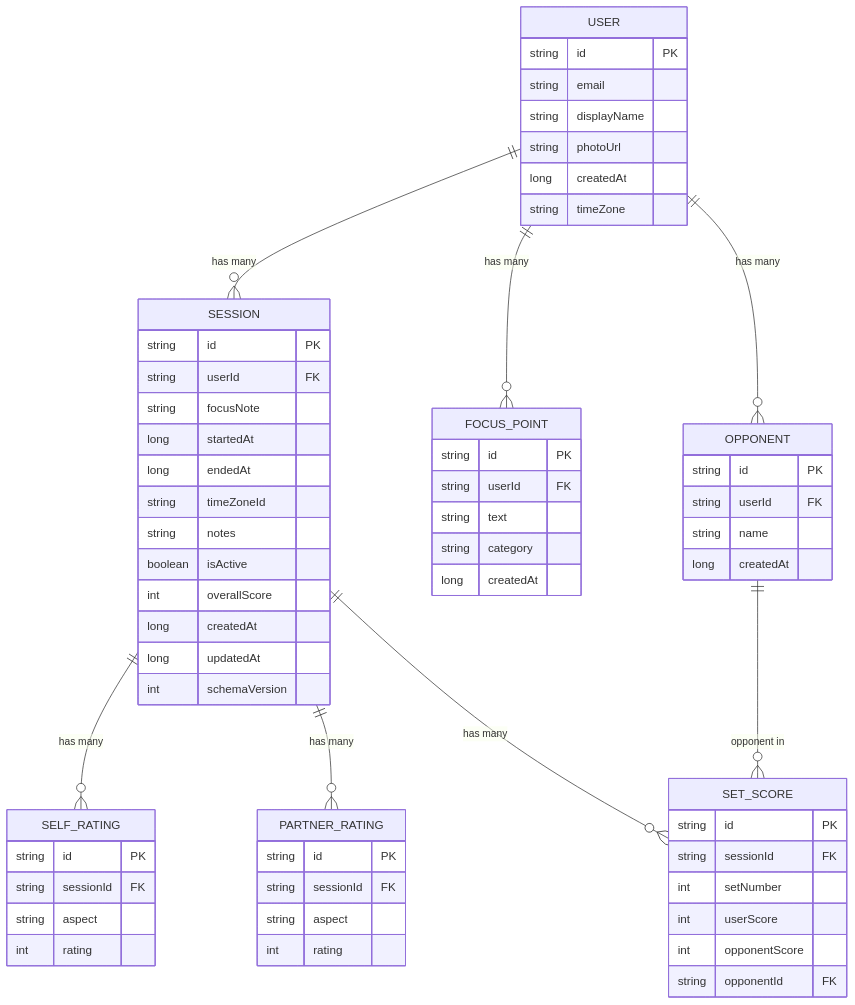
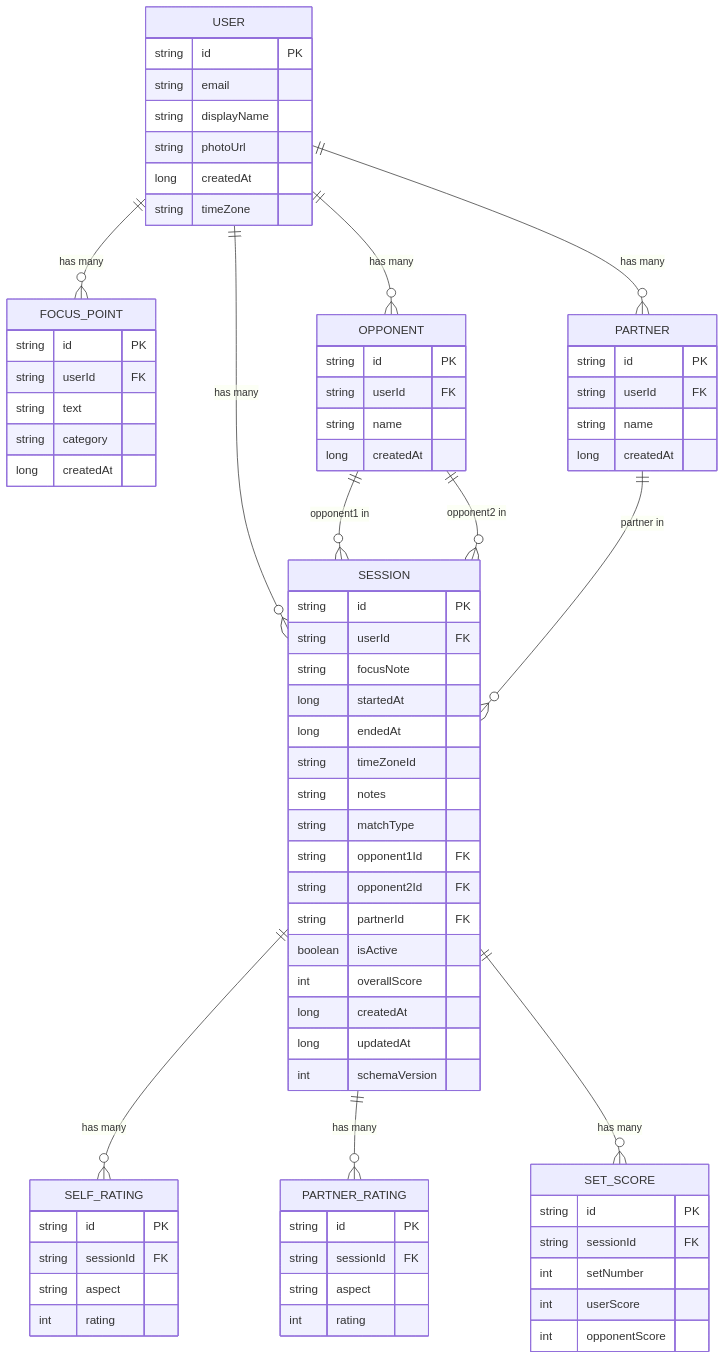
One commit to Ashutosh-909/MindfulTennis changed the third of 3 diagrams in plan.md. Above: the diagram before and after it, drawn with Mermaid. The commit also changed other lines of this file, not shown here.

````diff
--- a/plan.md
+++ b/plan.md
@@ -540,6 +647,10 @@
         long endedAt
         string timeZoneId
         string notes
+        string matchType
+        string opponent1Id FK
+        string opponent2Id FK
+        string partnerId FK
         boolean isActive
         int overallScore
         long createdAt
@@ -576,20 +687,29 @@
         long createdAt
     }
 
+    PARTNER {
+        string id PK
+        string userId FK
+        string name
+        long createdAt
+    }
+
     SET_SCORE {
         string id PK
         string sessionId FK
         int setNumber
         int userScore
         int opponentScore
-        string opponentId FK
     }
 
     USER ||--o{ SESSION : "has many"
     USER ||--o{ FOCUS_POINT : "has many"
     USER ||--o{ OPPONENT : "has many"
+    USER ||--o{ PARTNER : "has many"
     SESSION ||--o{ SELF_RATING : "has many"
     SESSION ||--o{ PARTNER_RATING : "has many"
     SESSION ||--o{ SET_SCORE : "has many"
-    OPPONENT ||--o{ SET_SCORE : "opponent in"
+    OPPONENT ||--o{ SESSION : "opponent1 in"
+    OPPONENT ||--o{ SESSION : "opponent2 in"
+    PARTNER ||--o{ SESSION : "partner in"
 ```
````
